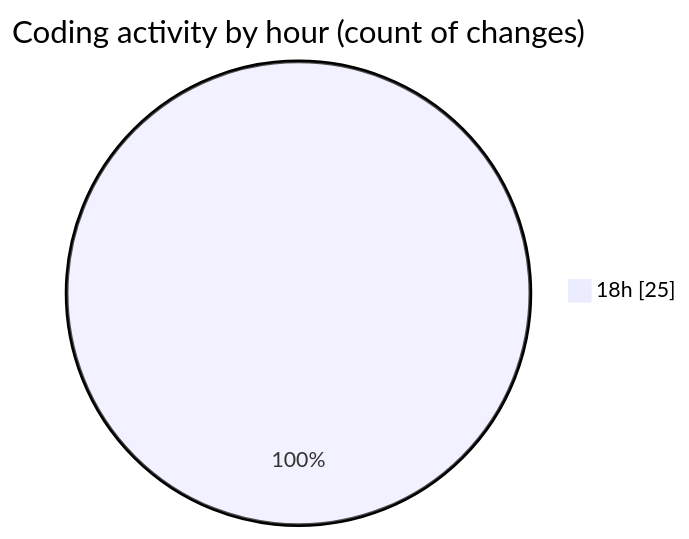
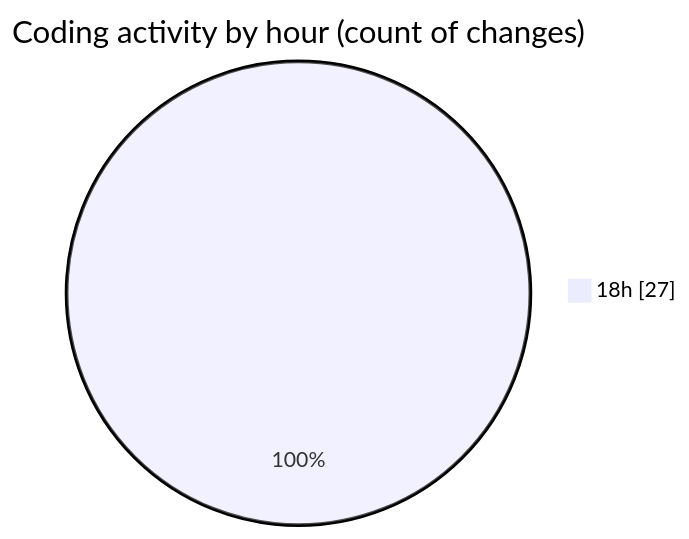
Before and after one commit to Netris89/code-tracking: the second of 2 diagrams in 2025-03-20/back-end/README.md, drawn with Mermaid. The commit also changed other lines of this file and 1 other file, not shown here.

````diff
--- a/2025-03-20/back-end/README.md
+++ b/2025-03-20/back-end/README.md
@@ -32,5 +32,5 @@
 ```mermaid
 pie showData
 title Coding activity by hour (count of changes)
-"18h" : 25
+"18h" : 27
 ```
````
